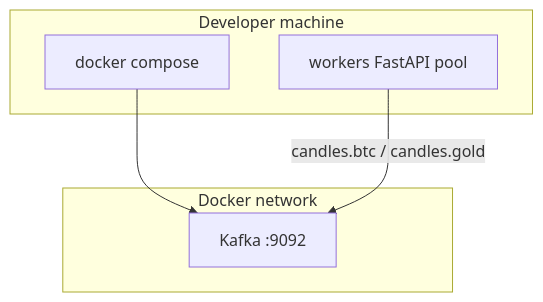
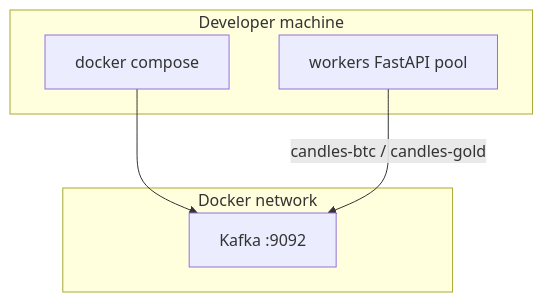
One commit to shehan-jayasinghe/ai_trading_bots changed the second of 2 diagrams in docs/architecture/infrastructure/kafka-local.md. Above: the diagram before and after it, drawn with Mermaid. The commit also changed other lines of this file and 9 other files, not shown here.

````diff
--- a/docs/architecture/infrastructure/kafka-local.md
+++ b/docs/architecture/infrastructure/kafka-local.md
@@ -112,14 +141,14 @@
 ```mermaid
 flowchart TB
   subgraph host["Developer machine"]
     DC[docker compose]
     W[workers FastAPI pool]
   end
 
   subgraph docker["Docker network"]
     K[Kafka :9092]
   end
 
   DC --> K
-  W -->|candles.btc / candles.gold| K
+  W -->|candles-btc / candles-gold| K
 ```
````
